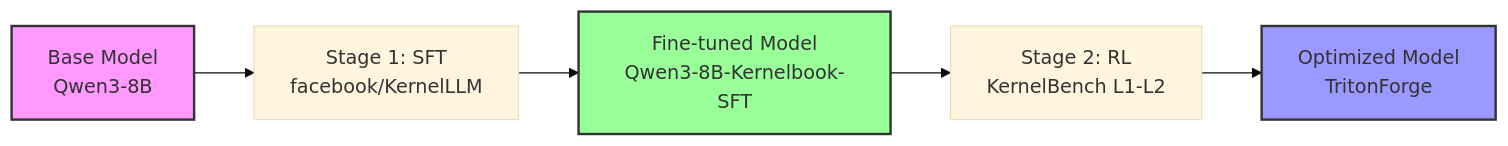
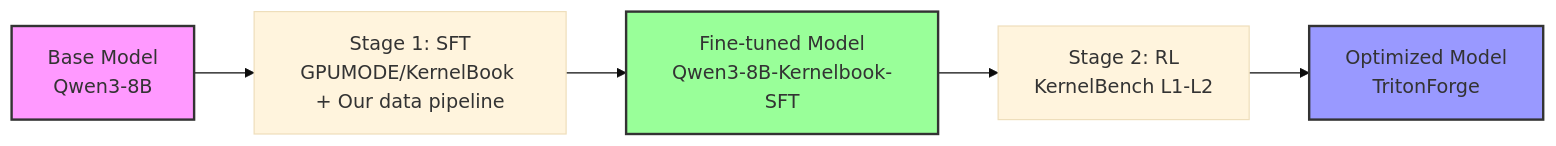
Before and after one commit to RLsys-Foundation/TritonForge: the diagram in README.md, drawn with Mermaid (base theme). The commit also changed other lines of this file and 4 other files, not shown here.

````diff
--- a/README.md
+++ b/README.md
@@ -287,11 +287,11 @@
 ```mermaid
 graph LR
-    A["Base Model<br/>Qwen3-8B"] --> B["Stage 1: SFT<br/>facebook/KernelLLM"]
+    A["Base Model<br/>Qwen3-8B"] --> B["Stage 1: SFT<br/>GPUMODE/KernelBook + Our data pipeline"]
     B --> C["Fine-tuned Model<br/>Qwen3-8B-Kernelbook-SFT"]
     C --> D["Stage 2: RL<br/>KernelBench L1-L2"]
     D --> E["Optimized Model<br/>TritonForge"]
     
     style A fill:#f9f,stroke:#333,stroke-width:2px
     style C fill:#9f9,stroke:#333,stroke-width:2px
     style E fill:#99f,stroke:#333,stroke-width:2px
 ```
````
